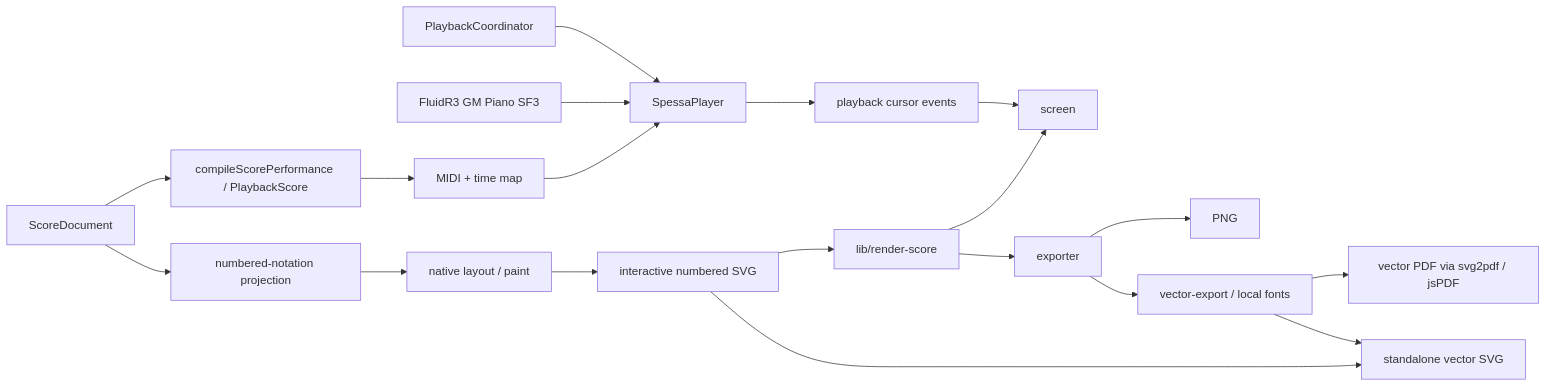
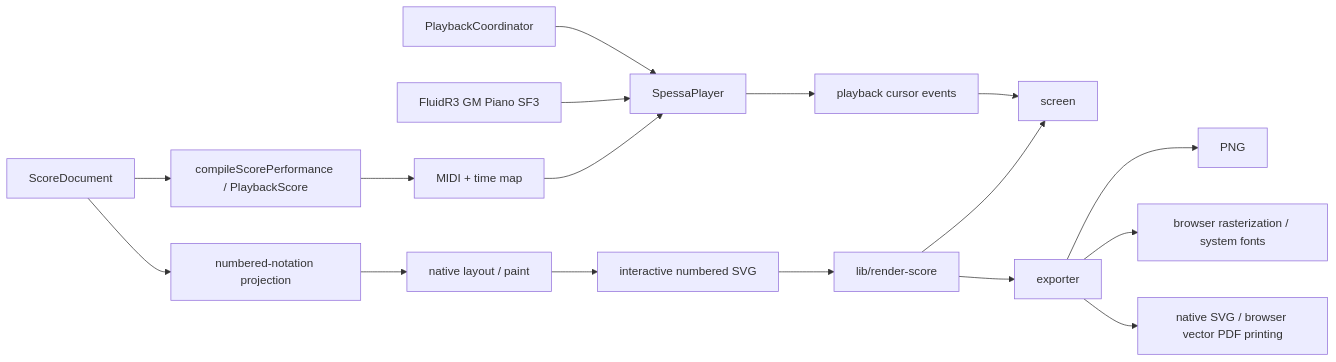
Before and after one commit to huazhechen/m3n: the fourth of 5 diagrams in docs/CODEGRAPH.md, drawn with Mermaid. The commit also changed other lines of this file and 26 other files, not shown here.

Commit message:
fix: use system fonts and native vector PDF printing

````diff
--- a/docs/CODEGRAPH.md
+++ b/docs/CODEGRAPH.md
@@ -116,21 +116,19 @@
 ```mermaid
 flowchart LR
   document["ScoreDocument"] --> adapter["numbered-notation projection"]
   adapter --> native["native layout / paint"]
   native --> numberedSvg["interactive numbered SVG"]
   numberedSvg --> renderService["lib/render-score"]
   renderService --> screen
   renderService --> exporter
-  numberedSvg --> vector["standalone vector SVG"]
   document --> performance["compileScorePerformance / PlaybackScore"]
   performance --> midi["MIDI + time map"]
   midi --> player["SpessaPlayer"]
   soundfont["FluidR3 GM Piano SF3"] --> player
   coordinator["PlaybackCoordinator"] --> player
   player --> cursor["playback cursor events"]
   cursor --> screen
   exporter --> png["PNG"]
-  exporter --> outlines["vector-export / local fonts"]
-  outlines --> pdf["vector PDF via svg2pdf / jsPDF"]
-  outlines --> vector
+  exporter --> raster["browser rasterization / system fonts"]
+  exporter --> pdf["native SVG / browser vector PDF printing"]
 ```
````
